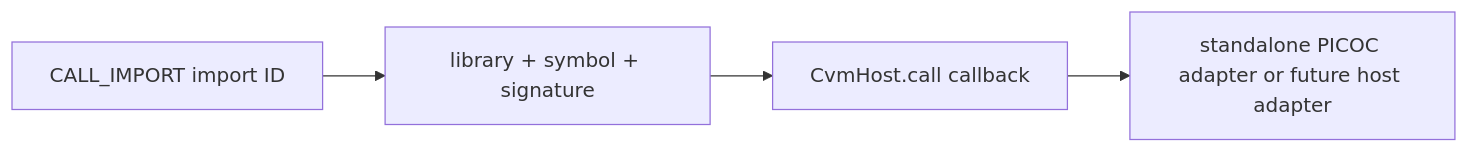
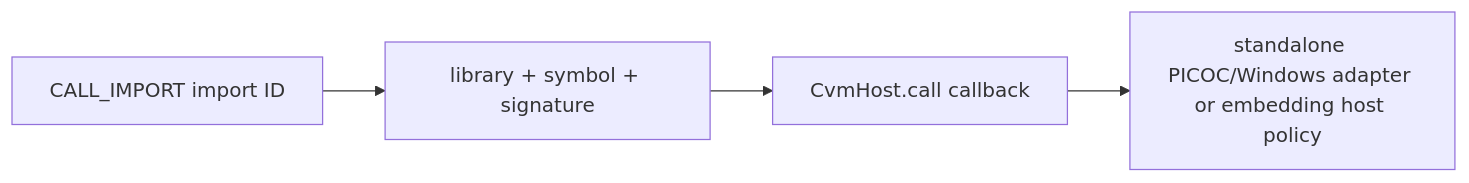
One commit to B1a0k/cobalt-picoc-vm changed the third of 3 diagrams in README.md. Above: the diagram before and after it, drawn with Mermaid. The commit also changed other lines of this file and 3 other files, not shown here.

````diff
--- a/README.md
+++ b/README.md
@@ -344,6 +353,6 @@
 ```mermaid
 flowchart LR
     A["CALL_IMPORT import ID"] --> B["library + symbol + signature"]
     B --> C["CvmHost.call callback"]
-    C --> D["standalone PICOC adapter or future host adapter"]
+    C --> D["standalone PICOC/Windows adapter or embedding host policy"]
 ```
````
